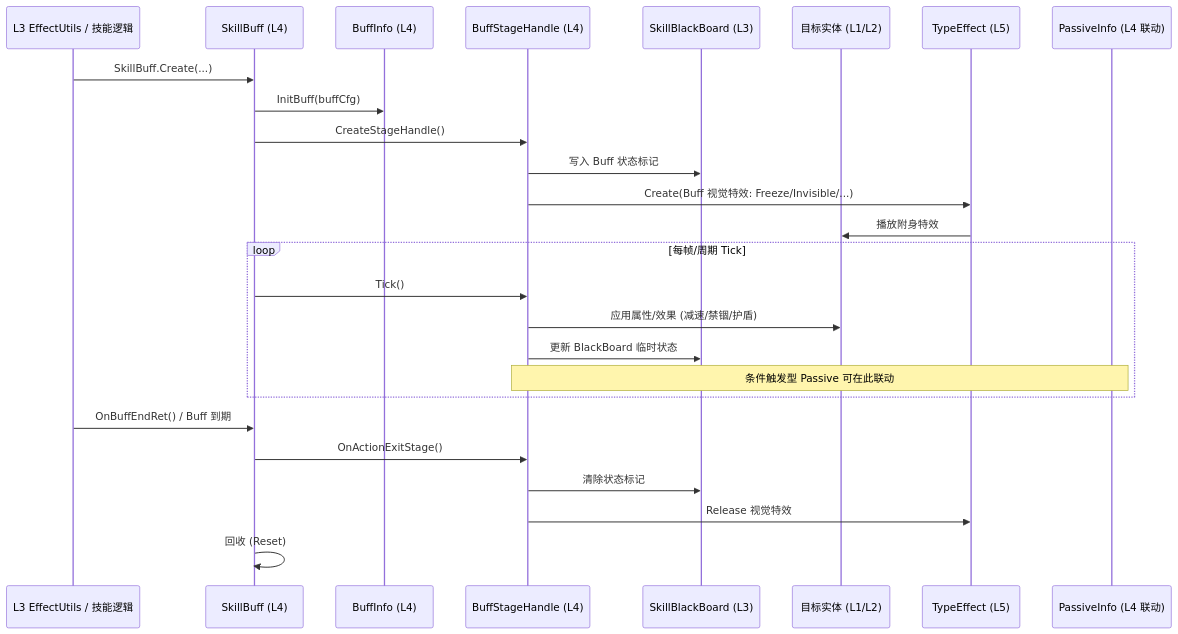
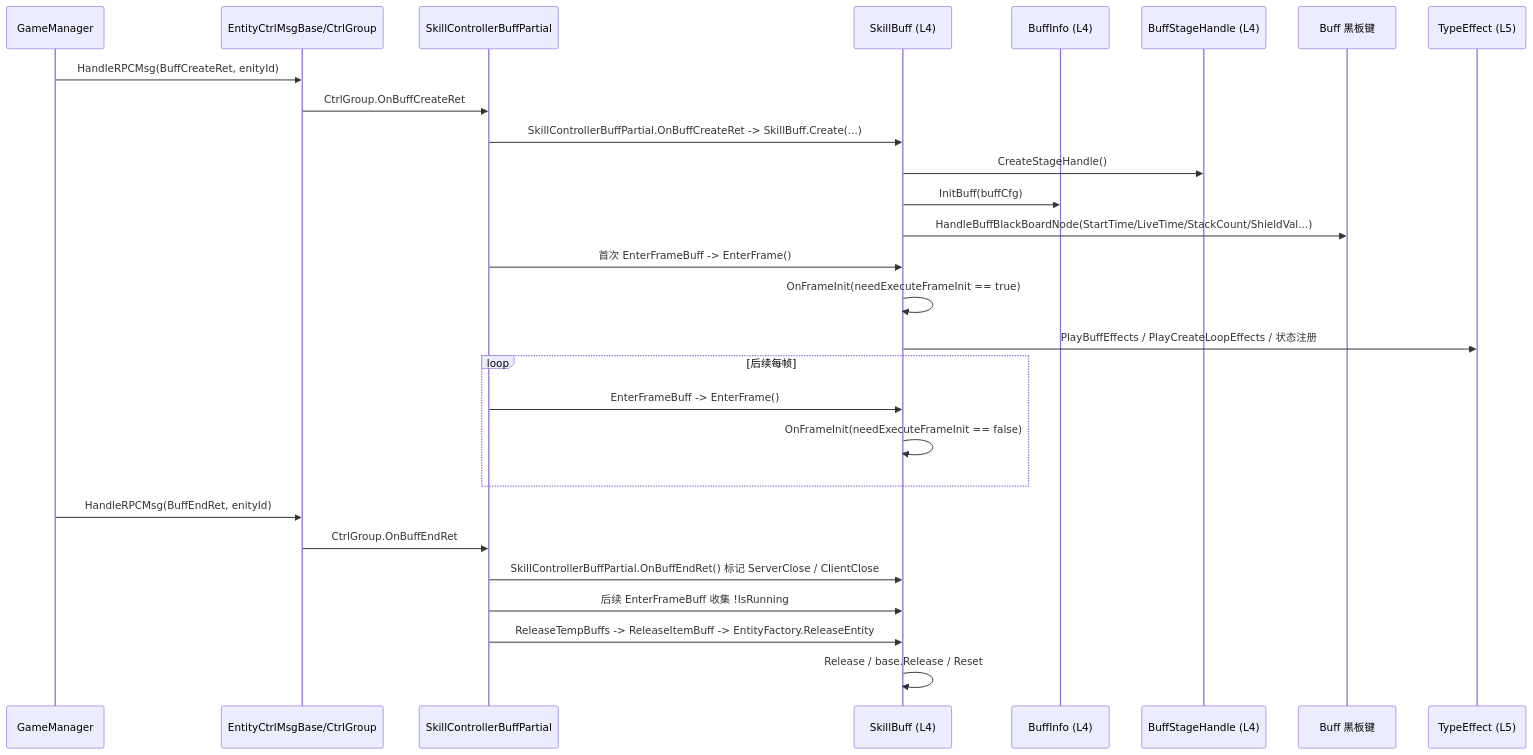
Before and after one commit to BoyLei/Stars: the diagram in diagrams/battle/FLOW_BUFF_LIFECYCLE.md, drawn with Mermaid. The commit also changed other lines of this file and 135 other files, not shown here.

Commit message:
Refactor Stars client module and startup flow

````diff
--- a/diagrams/battle/FLOW_BUFF_LIFECYCLE.md
+++ b/diagrams/battle/FLOW_BUFF_LIFECYCLE.md
@@ -5,29 +5,31 @@
 ```mermaid
 sequenceDiagram
-    participant Src as L3 EffectUtils / 技能逻辑
+    participant GM as GameManager
+    participant ECG as EntityCtrlMsgBase/CtrlGroup
+    participant Src as SkillControllerBuffPartial
     participant SB as SkillBuff (L4)
     participant BI as BuffInfo (L4)
     participant BSH as BuffStageHandle (L4)
-    participant BB as SkillBlackBoard (L3)
-    participant Target as 目标实体 (L1/L2)
+    participant BB as Buff 黑板键
     participant TE as TypeEffect (L5)
-    participant Agent5 as PassiveInfo (L4 联动)
 
-    Src->>SB: SkillBuff.Create(...)
+    GM->>ECG: HandleRPCMsg(BuffCreateRet, enityId)
+    ECG->>Src: CtrlGroup.OnBuffCreateRet
+    Src->>SB: SkillControllerBuffPartial.OnBuffCreateRet -> SkillBuff.Create(...)
+    SB->>BSH: CreateStageHandle()
     SB->>BI: InitBuff(buffCfg)
-    SB->>BSH: CreateStageHandle()
-    BSH->>BB: 写入 Buff 状态标记
-    BSH->>TE: Create(Buff 视觉特效: Freeze/Invisible/...)
-    TE->>Target: 播放附身特效
-    loop 每帧/周期 Tick
-        SB->>BSH: Tick()
-        BSH->>Target: 应用属性/效果 (减速/禁锢/护盾)
-        BSH->>BB: 更新 BlackBoard 临时状态
-        Note over BSH,Agent5: 条件触发型 Passive 可在此联动
+    SB->>BB: HandleBuffBlackBoardNode(StartTime/LiveTime/StackCount/ShieldVal...)
+    Src->>SB: 首次 EnterFrameBuff -> EnterFrame()
+    SB->>SB: OnFrameInit(needExecuteFrameInit == true)
+    SB->>TE: PlayBuffEffects / PlayCreateLoopEffects / 状态注册
+    loop 后续每帧
+        Src->>SB: EnterFrameBuff -> EnterFrame()
+        SB->>SB: OnFrameInit(needExecuteFrameInit == false)
     end
-    Src->>SB: OnBuffEndRet() / Buff 到期
-    SB->>BSH: OnActionExitStage()
-    BSH->>BB: 清除状态标记
-    BSH->>TE: Release 视觉特效
-    SB->>SB: 回收 (Reset)
+    GM->>ECG: HandleRPCMsg(BuffEndRet, enityId)
+    ECG->>Src: CtrlGroup.OnBuffEndRet
+    Src->>SB: SkillControllerBuffPartial.OnBuffEndRet() 标记 ServerClose / ClientClose
+    Src->>SB: 后续 EnterFrameBuff 收集 !IsRunning
+    Src->>SB: ReleaseTempBuffs -> ReleaseItemBuff -> EntityFactory.ReleaseEntity
+    SB->>SB: Release / base.Release / Reset
 ```
````
